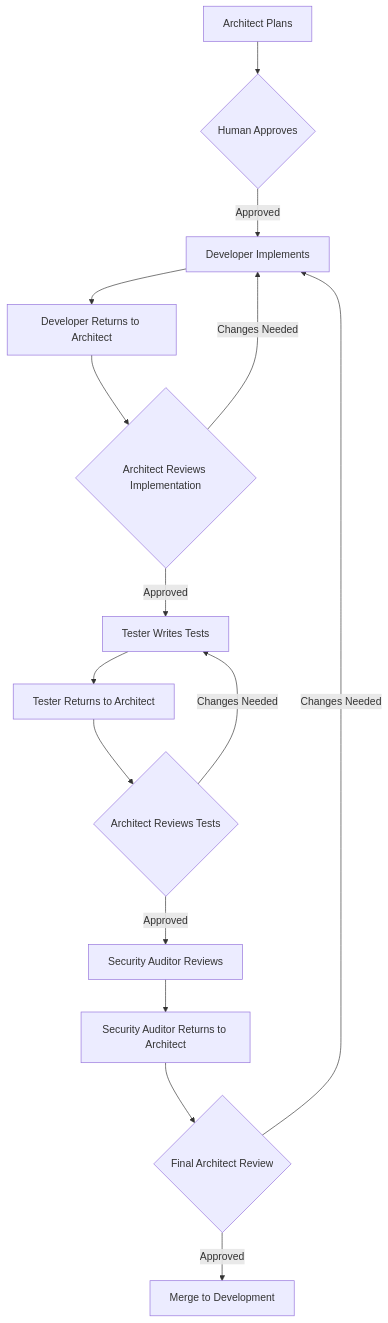
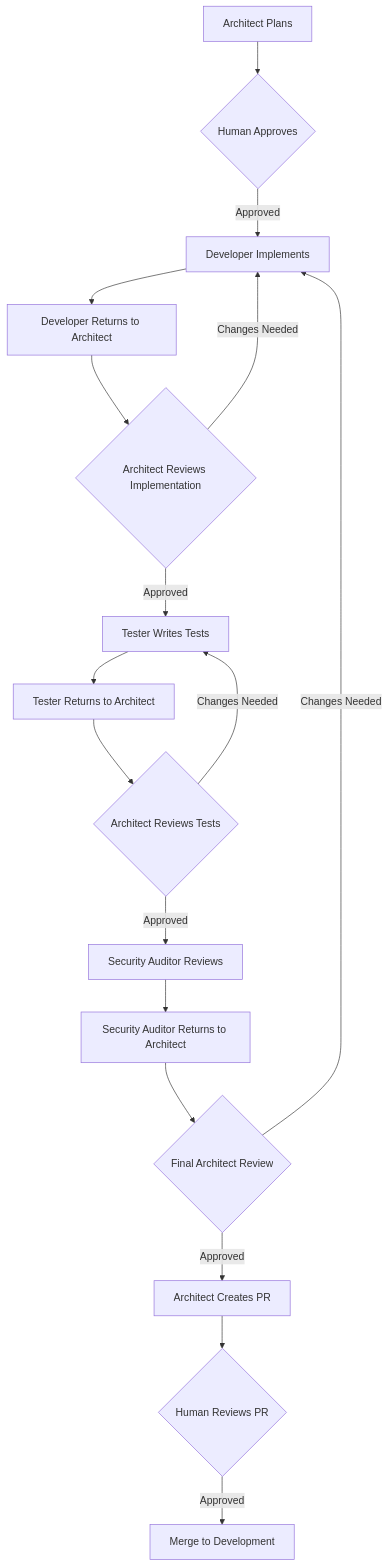
One commit to nmwael/subvocal changed the first of 2 diagrams in AGENTS.md. Above: the diagram before and after it, drawn with Mermaid. The commit also changed other lines of this file, not shown here.

Commit message:
chore: doc: Clarify human merges PR in final workflow step
- Update step 8 to clarify architect creates PR, human reviews and merges
- Update workflow diagram to show human review before merge
- Ensure HITL principle is clear throughout

````diff
--- a/AGENTS.md
+++ b/AGENTS.md
@@ -13,17 +13,19 @@
 ```mermaid
 graph TD
     A[Architect Plans] --> B{Human Approves}
     B -->|Approved| C[Developer Implements]
     C --> D[Developer Returns to Architect]
     D --> E{Architect Reviews Implementation}
     E -->|Approved| F[Tester Writes Tests]
     F --> G[Tester Returns to Architect]
     G --> H{Architect Reviews Tests}
     H -->|Approved| I[Security Auditor Reviews]
     I --> J[Security Auditor Returns to Architect]
     J --> K{Final Architect Review}
-    K -->|Approved| L[Merge to Development]
+    K -->|Approved| L[Architect Creates PR]
+    L --> M{Human Reviews PR}
+    M -->|Approved| N[Merge to Development]
     K -->|Changes Needed| C
     E -->|Changes Needed| C
     H -->|Changes Needed| F
 ```
````
